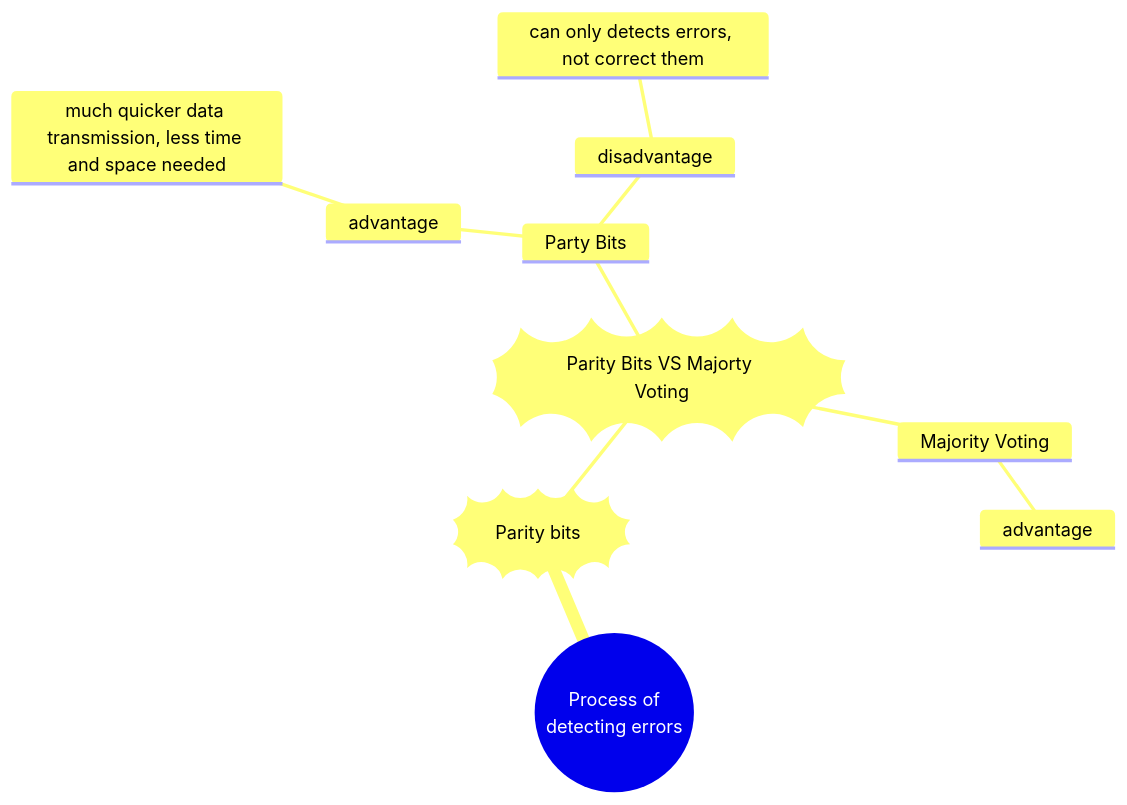
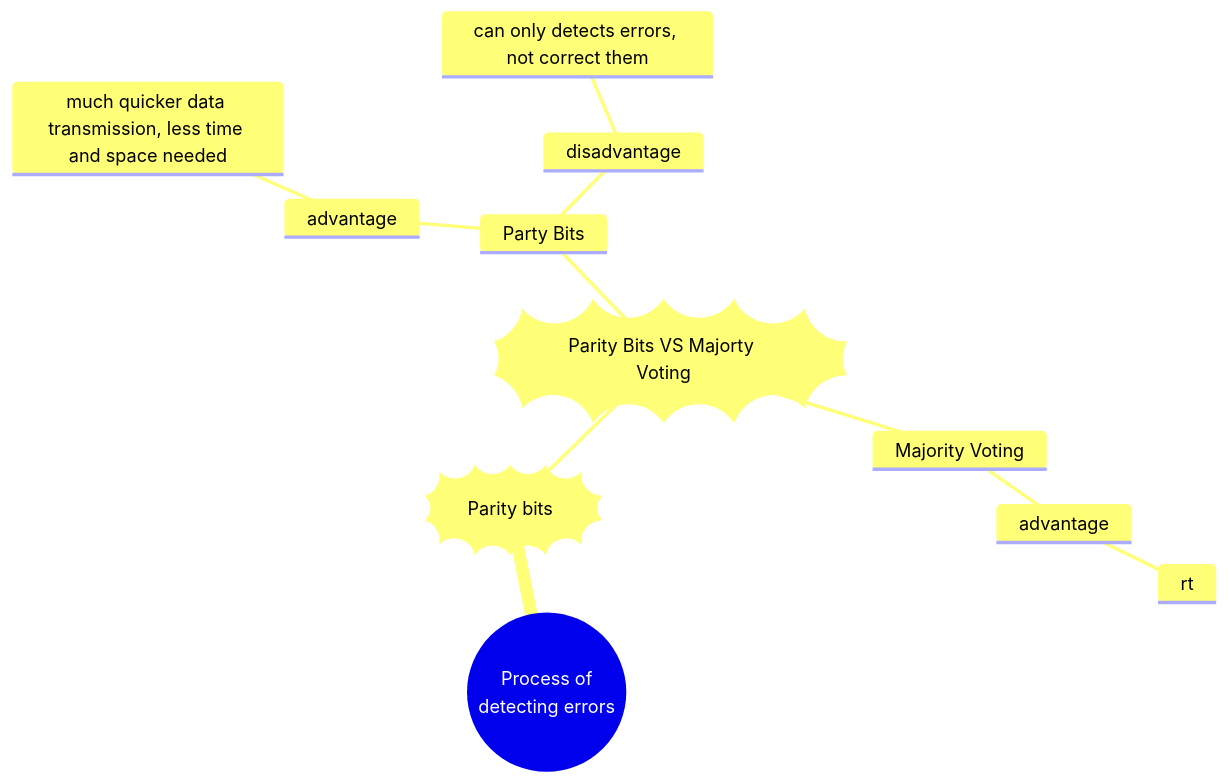
The fourth of 4 diagrams in 2023_Notes/week06-12_november/ascii_and_unicode.md (Marius-PA/ComputerScienceNotes), drawn with Mermaid before and after one commit.

````diff
--- a/2023_Notes/week06-12_november/ascii_and_unicode.md
+++ b/2023_Notes/week06-12_november/ascii_and_unicode.md
@@ -71,15 +71,16 @@
 ```mermaid
 mindmap
     root((Process of <br> detecting errors))
         id))Parity bits((
             id))Parity Bits VS Majorty Voting((
                 Party Bits
                     advantage
                         much quicker data transmission, less time and space needed
                     disadvantage
                         can only detects errors, not correct them
                 Majority Voting
                     advantage
+                        rt
                     
             
 ```
````
